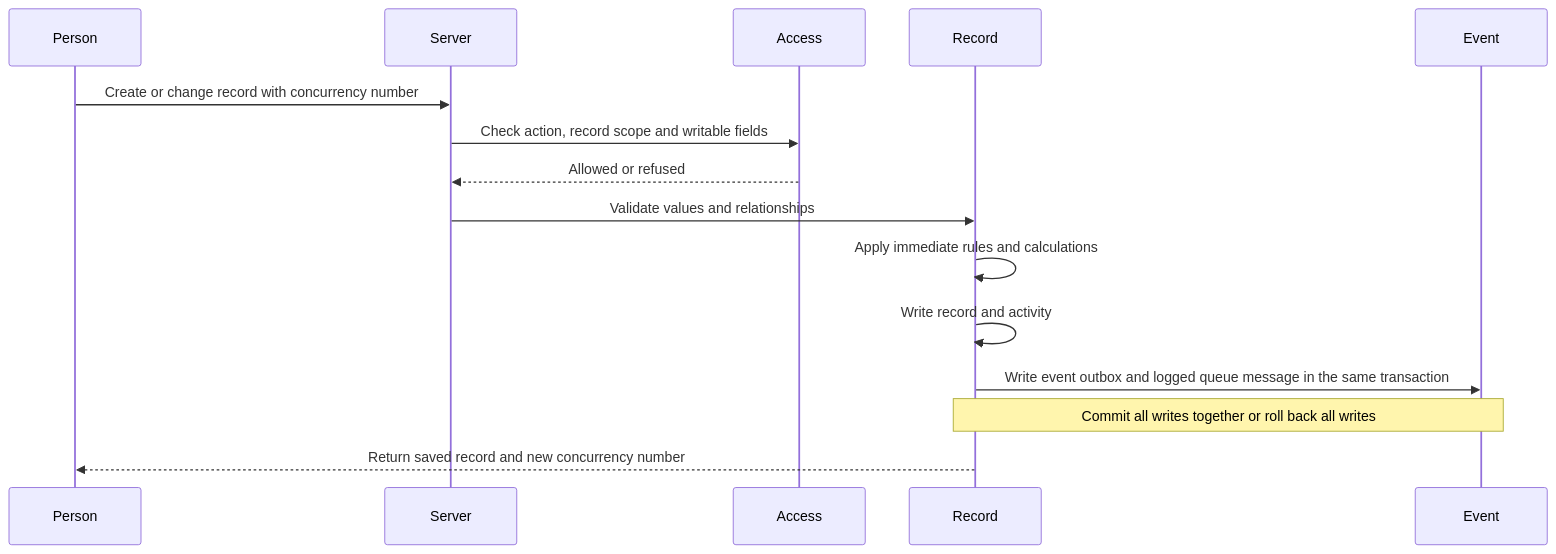
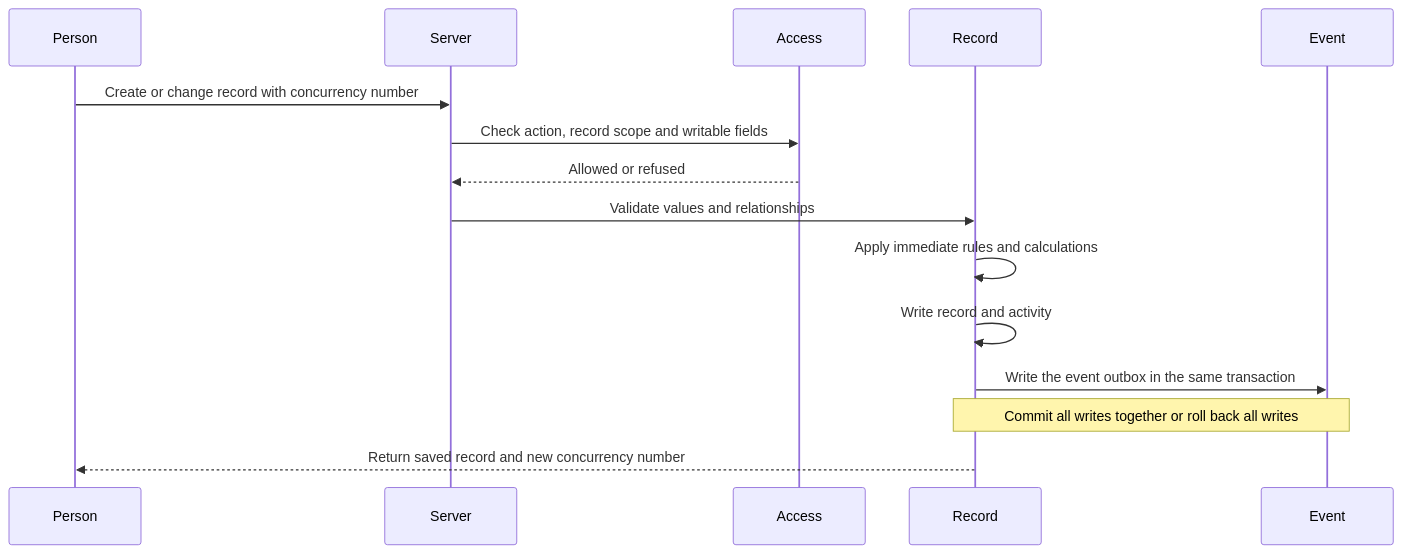
Before and after one commit to Abzum-NZ/Abzum-Vortex: the first of 2 diagrams in docs/specification/06-records-and-lifecycle.md, drawn with Mermaid. The commit also changed other lines of this file and 50 other files, not shown here.

````diff
--- a/docs/specification/06-records-and-lifecycle.md
+++ b/docs/specification/06-records-and-lifecycle.md
@@ -32,17 +32,17 @@
 ```mermaid
 sequenceDiagram
     participant Person
     participant Server
     participant Access
     participant Record
     participant Event
     Person->>Server: Create or change record with concurrency number
     Server->>Access: Check action, record scope and writable fields
     Access-->>Server: Allowed or refused
     Server->>Record: Validate values and relationships
     Record->>Record: Apply immediate rules and calculations
     Record->>Record: Write record and activity
-    Record->>Event: Write event outbox and logged queue message in the same transaction
+    Record->>Event: Write the event outbox in the same transaction
     Note over Record,Event: Commit all writes together or roll back all writes
     Record-->>Person: Return saved record and new concurrency number
 ```
````
